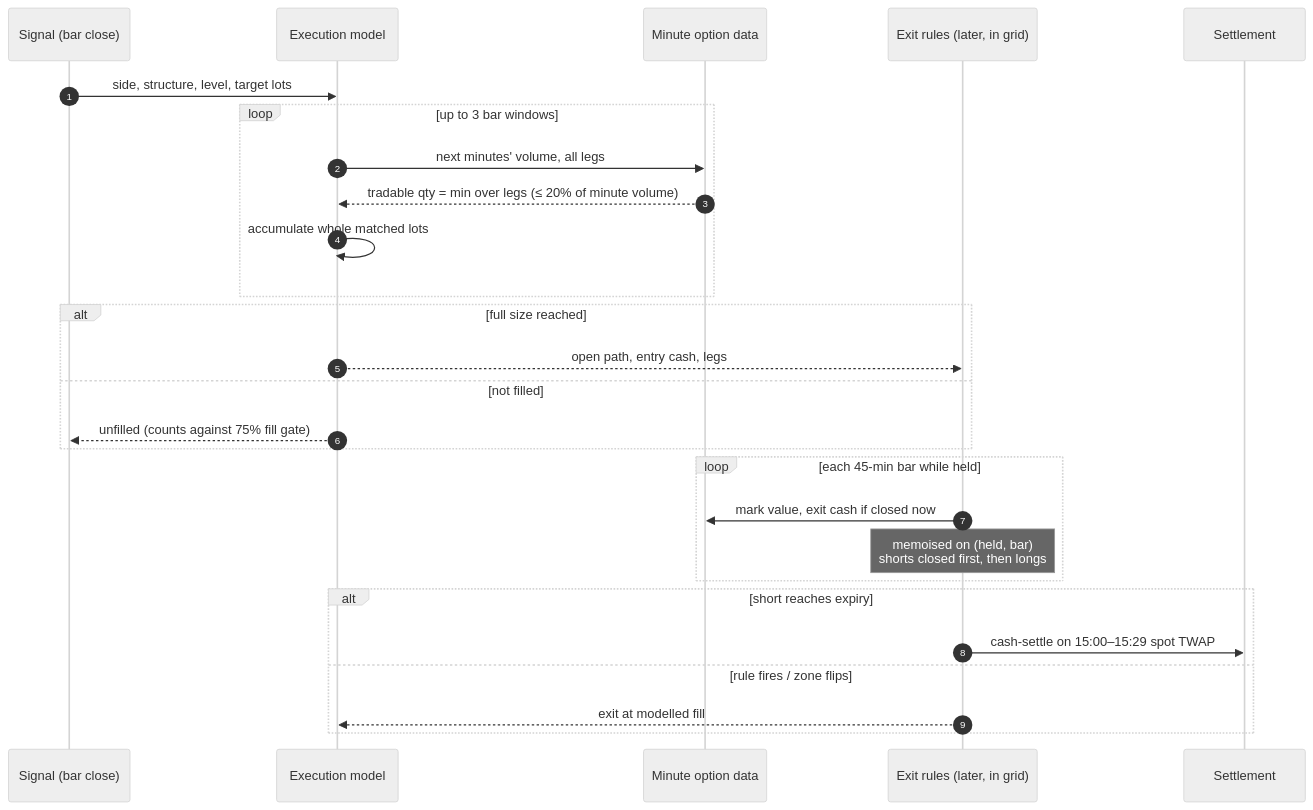
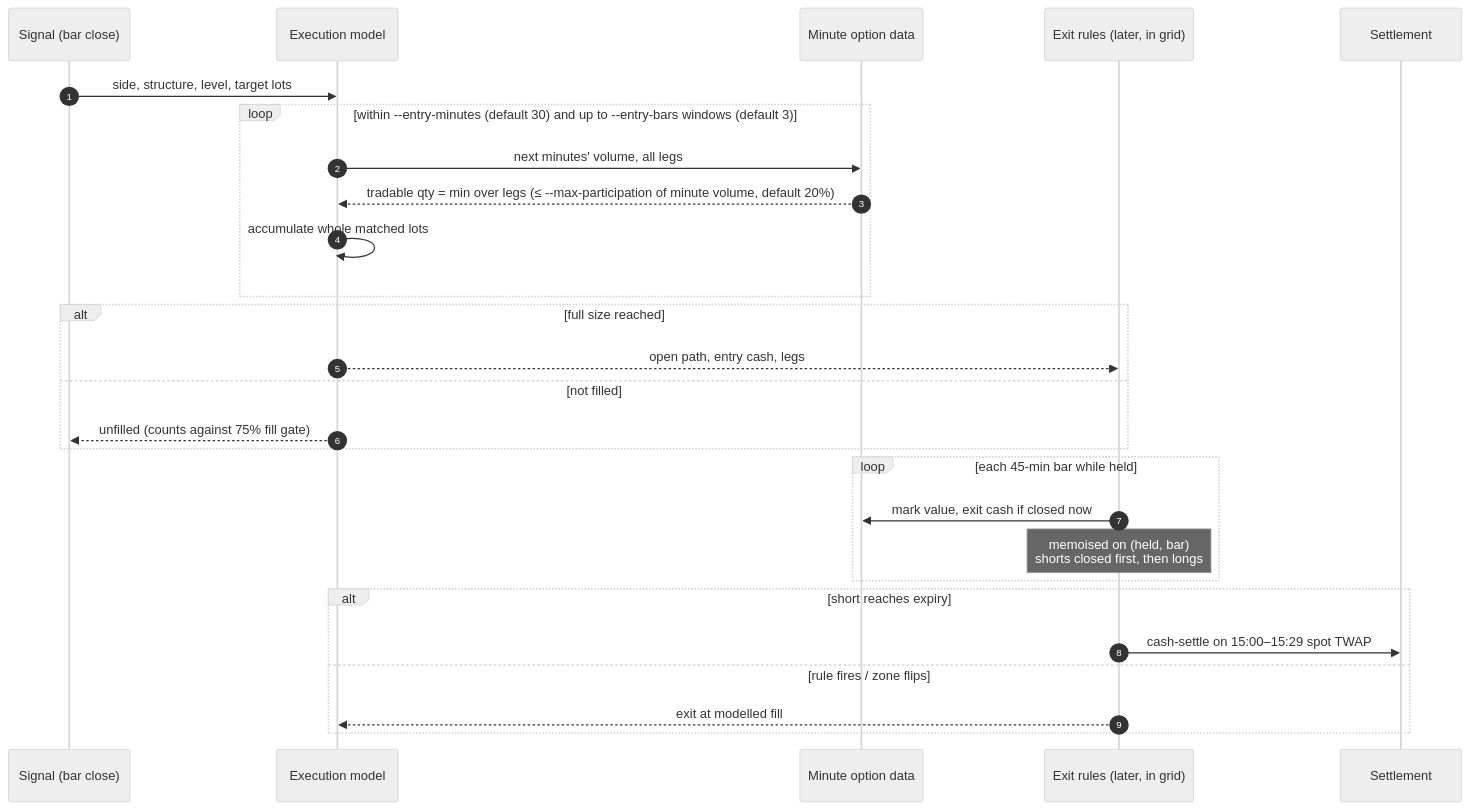
Before and after one commit to UBags/NIFTY_IV_RESEARCH: the seventh of 14 diagrams in README.md, drawn with Mermaid (neutral theme). The commit also changed other lines of this file and 1 other file, not shown here.

````diff
--- a/README.md
+++ b/README.md
@@ -262,30 +262,30 @@
 ```mermaid
 sequenceDiagram
     autonumber
     participant S as Signal (bar close)
     participant X as Execution model
     participant M as Minute option data
     participant R as Exit rules (later, in grid)
     participant ST as Settlement
 
     S->>X: side, structure, level, target lots
-    loop up to 3 bar windows
+    loop within --entry-minutes (default 30) and up to --entry-bars windows (default 3)
         X->>M: next minutes' volume, all legs
-        M-->>X: tradable qty = min over legs (≤ 20% of minute volume)
+        M-->>X: tradable qty = min over legs (≤ --max-participation of minute volume, default 20%)
         X->>X: accumulate whole matched lots
     end
     alt full size reached
         X-->>R: open path, entry cash, legs
     else not filled
         X-->>S: unfilled (counts against 75% fill gate)
     end
     loop each 45-min bar while held
         R->>M: mark value, exit cash if closed now
         Note over R: memoised on (held, bar)<br/>shorts closed first, then longs
     end
     alt short reaches expiry
         R->>ST: cash-settle on 15:00–15:29 spot TWAP
     else rule fires / zone flips
         R-->>X: exit at modelled fill
     end
 ```
````
